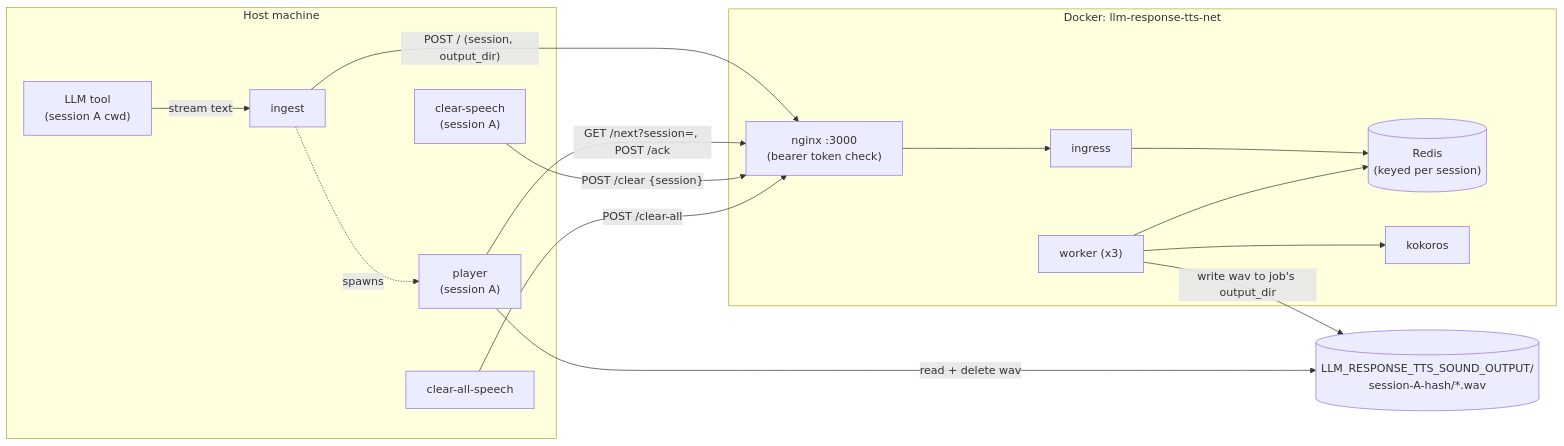
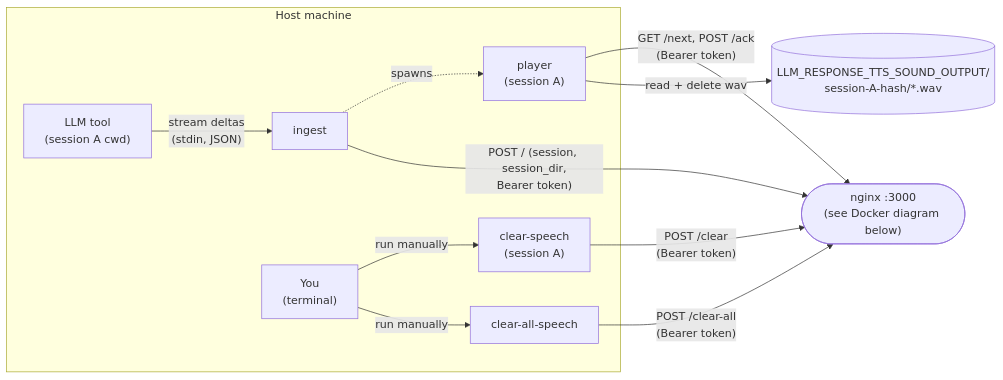
The first of 3 diagrams in docs/architecture.md (xliang01dev/llm-response-tts), drawn with Mermaid before and after one commit. The commit also changed other lines of this file and 3 other files, not shown here.

First line of the commit message:
Docs: restructure architecture.md, finalize security-audit.md, extract endpoints.md

````diff
--- a/docs/architecture.md
+++ b/docs/architecture.md
@@ -25,25 +17,18 @@
 ```mermaid
 graph LR
     subgraph Host["Host machine"]
-        CC["LLM tool<br/>(session A cwd)"] -->|"stream text"| I["ingest"]
+        CC["LLM tool<br/>(session A cwd)"] -->|"stream deltas<br/>(stdin, JSON)"| I["ingest"]
         I -.spawns.-> P["player<br/>(session A)"]
-        CS["clear-speech<br/>(session A)"]
-        CAS["clear-all-speech"]
+        U["You<br/>(terminal)"] -->|"run manually"| CS["clear-speech<br/>(session A)"]
+        U -->|"run manually"| CAS["clear-all-speech"]
     end
 
-    subgraph Docker["Docker: llm-response-tts-net"]
-        N["nginx :3000<br/>(bearer token check)"] --> IG["ingress"]
-        IG --> R[("Redis<br/>(keyed per session)")]
-        W["worker (x3)"] --> R
-        W --> K["kokoros"]
-    end
-
+    N(["nginx :3000<br/>(see Docker diagram below)"])
     SO[("LLM_RESPONSE_TTS_SOUND_OUTPUT/<br/>session-A-hash/*.wav")]
 
-    I -->|"POST / (session, output_dir)"| N
-    P -->|"GET /next?session=, POST /ack"| N
-    CS -->|"POST /clear {session}"| N
-    CAS -->|"POST /clear-all"| N
-    W -->|"write wav to job's output_dir"| SO
+    I -->|"POST / (session, session_dir,<br/>Bearer token)"| N
+    P -->|"GET /next, POST /ack<br/>(Bearer token)"| N
+    CS -->|"POST /clear<br/>(Bearer token)"| N
+    CAS -->|"POST /clear-all<br/>(Bearer token)"| N
     P -->|"read + delete wav"| SO
 ```
````
